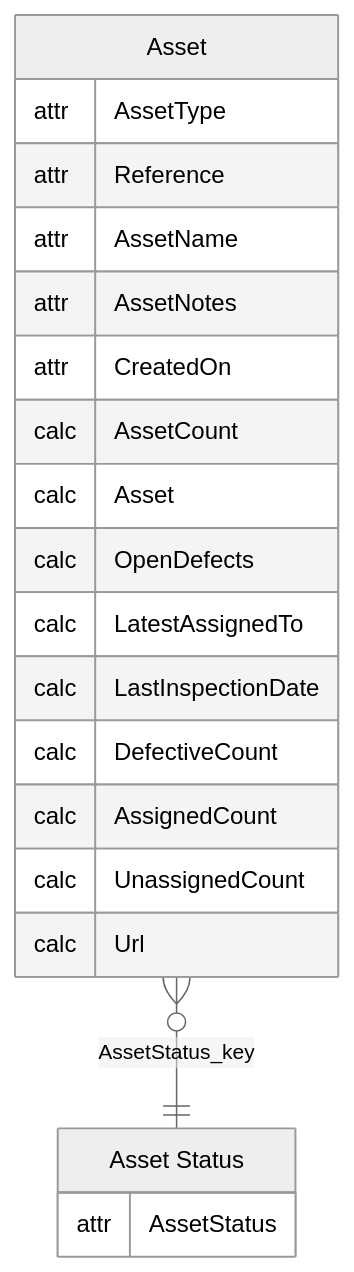
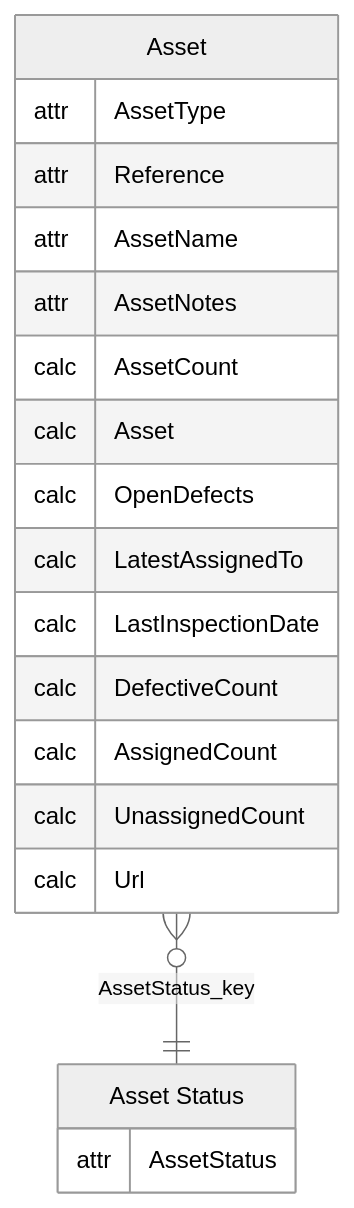
The first of 14 diagrams in PowerBISamplesModels/Assets.md (work-wallet/BIClient), drawn with Mermaid before and after one commit.

Commit message:
small change to Assets.md mermaid diagram to test the GitHub branch rules

````diff
--- a/PowerBISamplesModels/Assets.md
+++ b/PowerBISamplesModels/Assets.md
@@ -7,27 +7,26 @@
 ```mermaid
 ---
 config:
   theme: neutral
 ---
 erDiagram
     "Asset" {
         attr AssetType
         attr Reference
         attr AssetName
         attr AssetNotes
-        attr CreatedOn
         calc AssetCount
         calc Asset
         calc OpenDefects
         calc LatestAssignedTo
         calc LastInspectionDate
         calc DefectiveCount
         calc AssignedCount
         calc UnassignedCount
         calc Url
     }
     "Asset Status" {
         attr AssetStatus
     }
     "Asset" }o--|| "Asset Status" : "AssetStatus_key"
 ```
````
